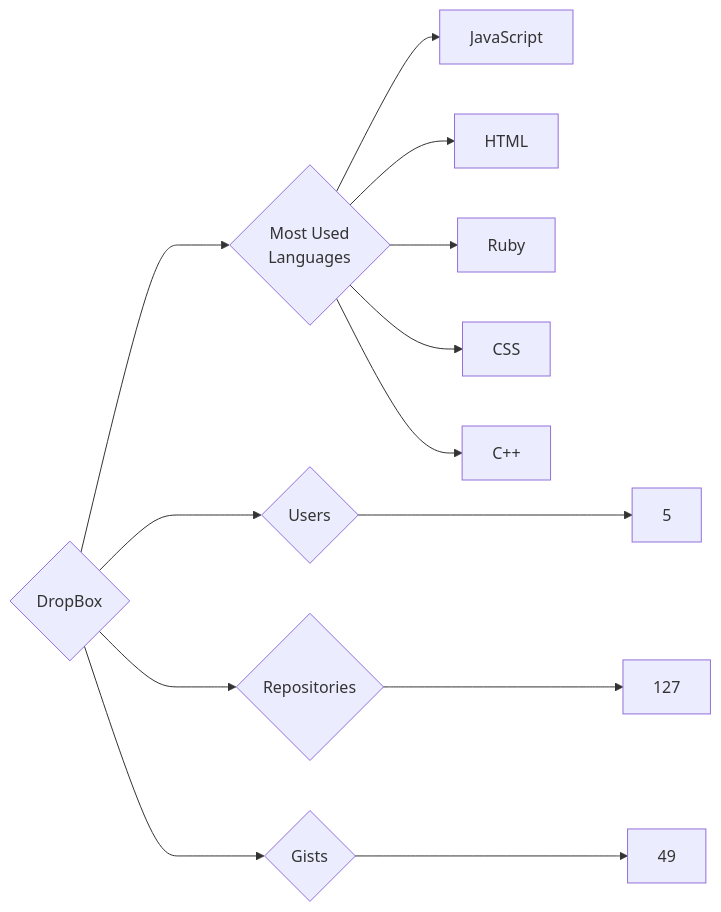
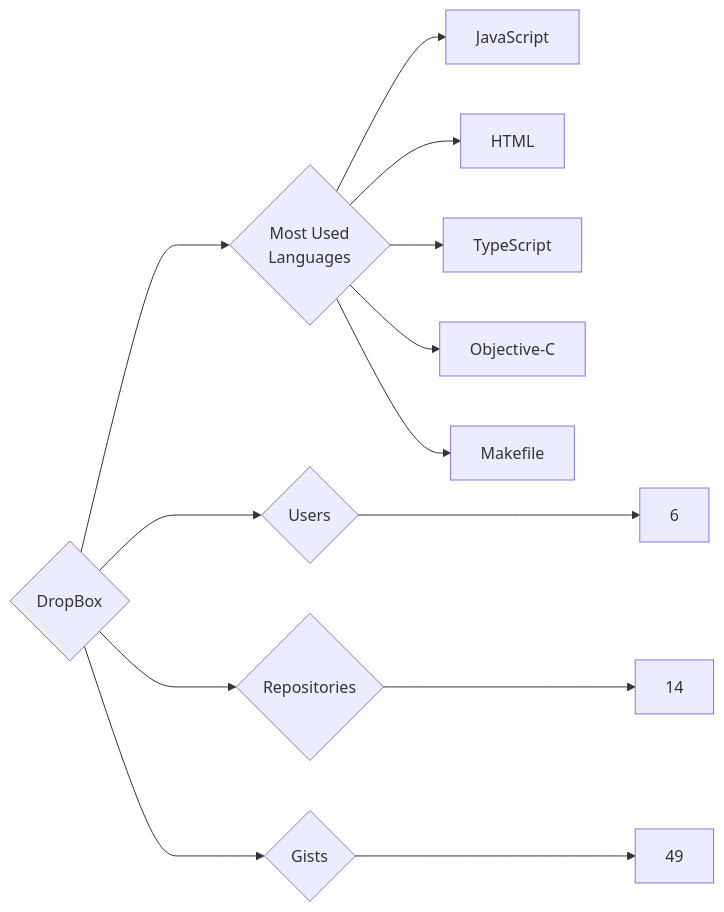
Before and after one commit to trickest/insiders: the diagram in targets/DropBox/README.md, drawn with Mermaid. The commit also changed 988 other files, not shown here.

````diff
--- a/targets/DropBox/README.md
+++ b/targets/DropBox/README.md
@@ -3,13 +3,13 @@
 ```mermaid
 graph LR
 COMPANY_NAME{DropBox}
-COMPANY_NAME ---> U{Users} ---> UN[5]
-COMPANY_NAME ---> R{Repositories} ---> RN[127]
+COMPANY_NAME ---> U{Users} ---> UN[6]
+COMPANY_NAME ---> R{Repositories} ---> RN[14]
 COMPANY_NAME ---> G{Gists} ---> GN[49]
 COMPANY_NAME ---> ML{Most Used<br>Languages}
 ML --> JavaScript[JavaScript]
 ML --> HTML[HTML]
-ML --> Ruby[Ruby]
-ML --> CSS[CSS]
-ML --> C++[C++]
+ML --> TypeScript[TypeScript]
+ML --> Objective-C[Objective-C]
+ML --> Makefile[Makefile]
 ```
````
